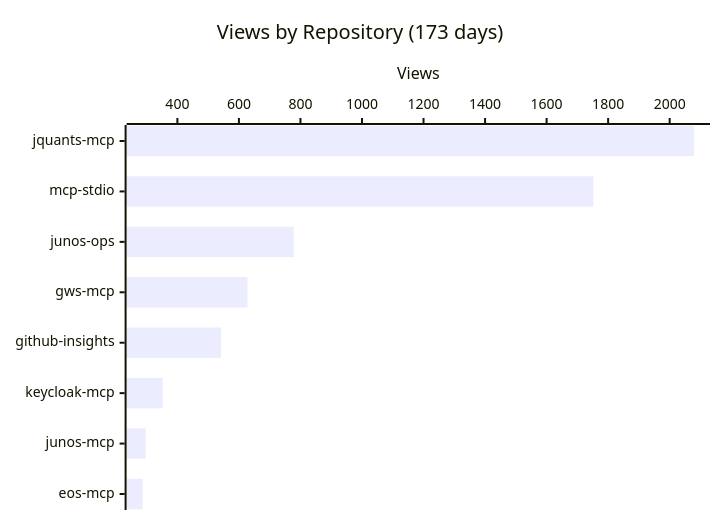
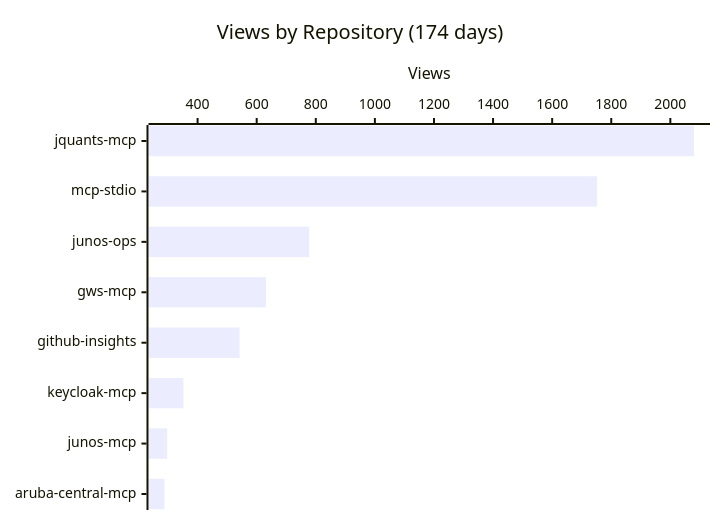
One commit to shigechika/github-insights changed the first of 4 diagrams in README.md. Above: the diagram before and after it, drawn with Mermaid. The commit also changed other lines of this file and 2 other files, not shown here.

````diff
--- a/README.md
+++ b/README.md
@@ -18,7 +18,7 @@
 ```mermaid
 xychart-beta horizontal
-    title "Views by Repository (173 days)"
-    x-axis ["jquants-mcp", "mcp-stdio", "junos-ops", "gws-mcp", "github-insights", "keycloak-mcp", "junos-mcp", "eos-mcp"]
+    title "Views by Repository (174 days)"
+    x-axis ["jquants-mcp", "mcp-stdio", "junos-ops", "gws-mcp", "github-insights", "keycloak-mcp", "junos-mcp", "aruba-central-mcp"]
     y-axis "Views"
-    bar [2079, 1752, 778, 628, 542, 352, 297, 287]
+    bar [2080, 1752, 778, 631, 542, 352, 297, 288]
 ```
````
